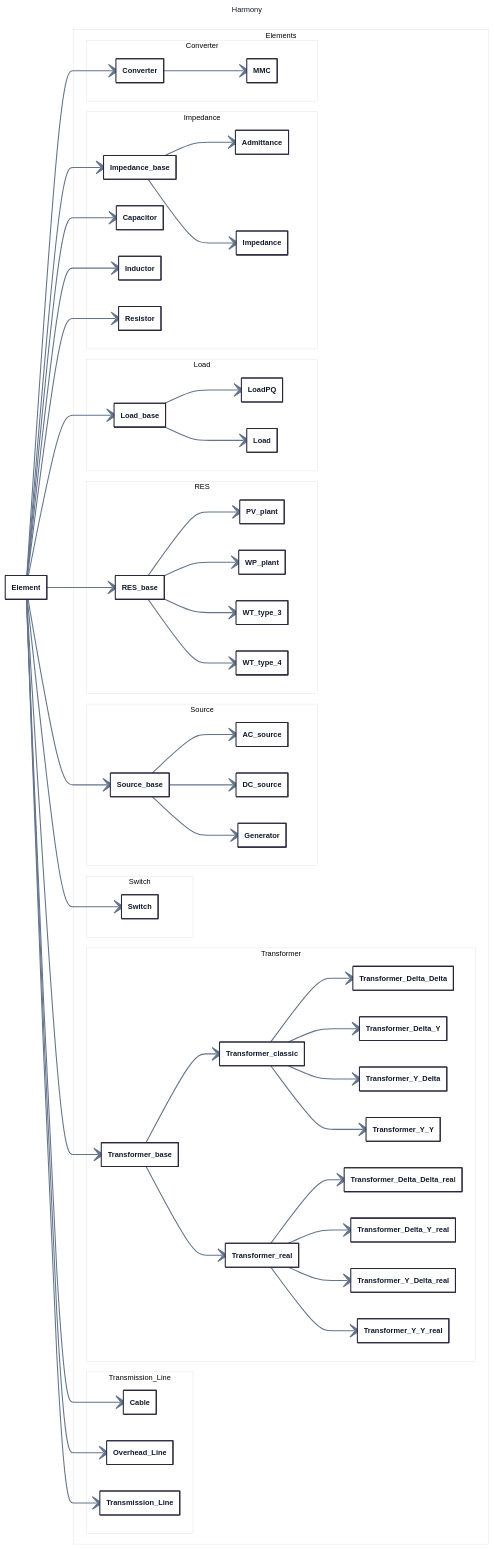
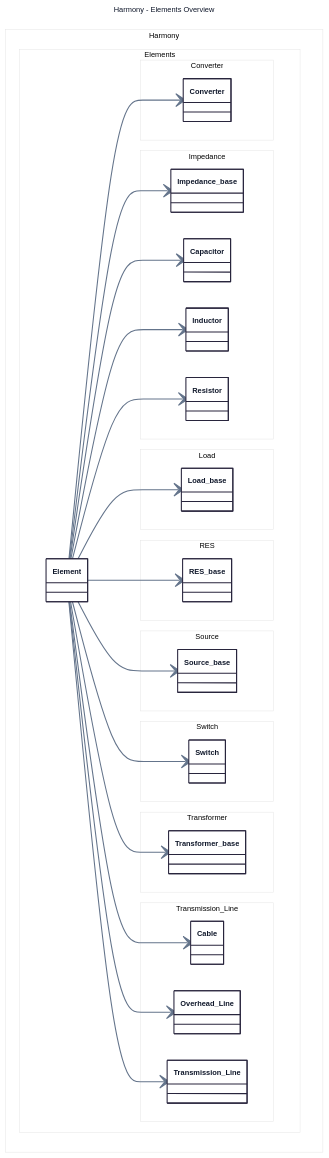
Before and after one commit to yiquintero/tmp: the first of 4 diagrams in class_diagram.md, drawn with Mermaid. The commit also changed other lines of this file, not shown here.

First line of the commit message:
Enhance class diagram with Harmony elements

````diff
--- a/class_diagram.md
+++ b/class_diagram.md
@@ -1,29 +3,27 @@
 ```mermaid
 ---
-title: Harmony
+title: Harmony - Elements Overview
 config:
   theme: redux-color
   themeVariables:
     fontFamily: Inter, Segoe UI, sans-serif
     lineColor: "#64748B"
     primaryTextColor: "#0F172A"
-  class:
-    hideEmptyMembersBox: true
 ---
 classDiagram
   direction LR
 
-  namespace Elements.Converter {
+  namespace Harmony.Elements {
+    class Element {}
+  }
+
+  namespace Harmony.Elements.Converter {
     class Converter {}
-    class MMC {}
   }
   Element --> Converter
-  Converter --> MMC 
 
-  namespace Elements.Impedance {
+  namespace Harmony.Elements.Impedance {
     class Impedance_base {}
-    class Admittance {}
-    class Impedance {}
     class Capacitor {}
     class Inductor {}
     class Resistor {}
@@ -32,73 +32,33 @@
   Element --> Capacitor
   Element --> Inductor
   Element --> Resistor
-  Impedance_base --> Admittance
-  Impedance_base --> Impedance
 
-  namespace Elements.Load {
+  namespace Harmony.Elements.Load {
     class Load_base {}
-    class LoadPQ {}
-    class Load {}
   }
   Element --> Load_base
-  Load_base --> LoadPQ
-  Load_base --> Load
 
-  namespace Elements.RES {
-    class PV_plant {}
+  namespace Harmony.Elements.RES {
     class RES_base {}
-    class WP_plant {}
-    class WT_type_3 {}
-    class WT_type_4 {}
   }
   Element --> RES_base
-  RES_base --> PV_plant
-  RES_base --> WP_plant
-  RES_base --> WT_type_3
-  RES_base --> WT_type_4
 
-  namespace Elements.Source {
+  namespace Harmony.Elements.Source {
     class Source_base {}
-    class AC_source {}
-    class DC_source {}
-    class Generator {}
   }
   Element --> Source_base
-  Source_base --> AC_source
-  Source_base --> DC_source
-  Source_base --> Generator
 
-  namespace Elements.Switch {
+  namespace Harmony.Elements.Switch {
     class Switch {}
   }
   Element --> Switch
 
-  namespace Elements.Transformer {
+  namespace Harmony.Elements.Transformer {
     class Transformer_base {}
-    class Transformer_classic {}
-    class Transformer_Delta_Delta_real {}
-    class Transformer_Delta_Delta {}
-    class Transformer_Delta_Y_real {}
-    class Transformer_Delta_Y {}
-    class Transformer_real {}
-    class Transformer_Y_Delta_real {}
-    class Transformer_Y_Delta {}
-    class Transformer_Y_Y_real {}
-    class Transformer_Y_Y {}
   }
   Element --> Transformer_base
-  Transformer_base --> Transformer_classic
-  Transformer_real --> Transformer_Delta_Delta_real
-  Transformer_classic --> Transformer_Delta_Delta 
-  Transformer_real --> Transformer_Delta_Y_real
-  Transformer_classic --> Transformer_Delta_Y
-  Transformer_base --> Transformer_real
-  Transformer_real --> Transformer_Y_Delta_real
-  Transformer_classic --> Transformer_Y_Delta
-  Transformer_real --> Transformer_Y_Y_real
-  Transformer_classic --> Transformer_Y_Y
 
-  namespace Elements.Transmission_Line {
+  namespace Harmony.Elements.Transmission_Line {
     class Cable {}
     class Overhead_Line {}
     class Transmission_Line {}
````
